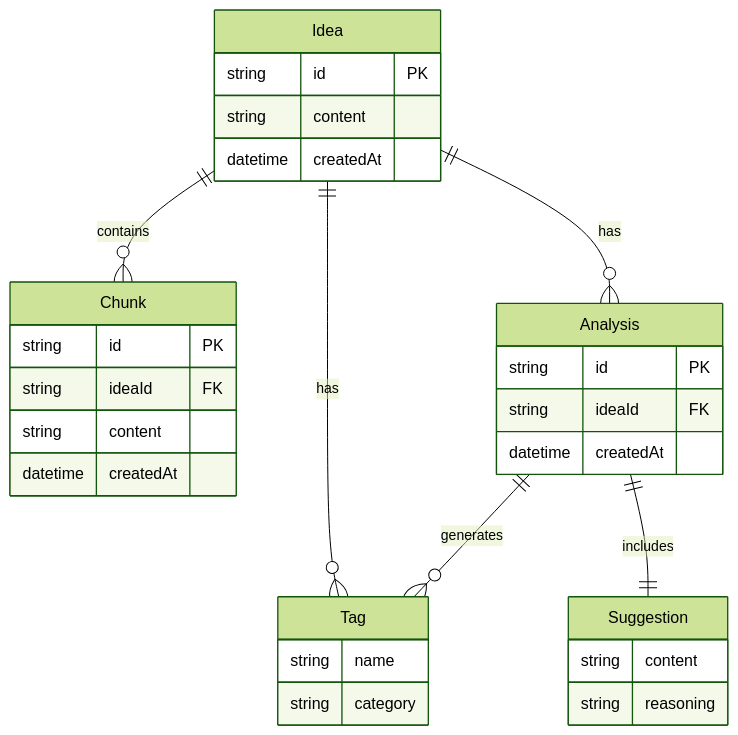
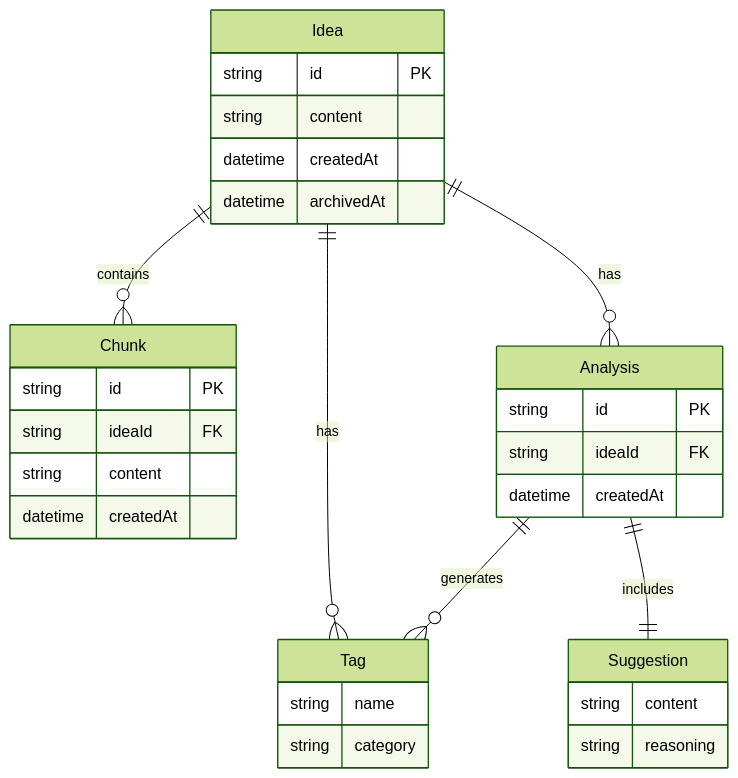
The diagram in docs/design.md (aloekun/idea-pool-vc), drawn with Mermaid (forest theme) before and after one commit. The commit also changed other lines of this file and 2 other files, not shown here.

````diff
--- a/docs/design.md
+++ b/docs/design.md
@@ -518,37 +552,38 @@
 ```mermaid
 erDiagram
     Idea ||--o{ Chunk : contains
     Idea ||--o{ Tag : has
     Idea ||--o{ Analysis : has
     Analysis ||--o{ Tag : generates
     Analysis ||--|| Suggestion : includes
 
     Idea {
         string id PK
         string content
         datetime createdAt
+        datetime archivedAt
     }
     
     Chunk {
         string id PK
         string ideaId FK
         string content
         datetime createdAt
     }
     
     Tag {
         string name
         string category
     }
     
     Analysis {
         string id PK
         string ideaId FK
         datetime createdAt
     }
     
     Suggestion {
         string content
         string reasoning
     }
 ```
````
